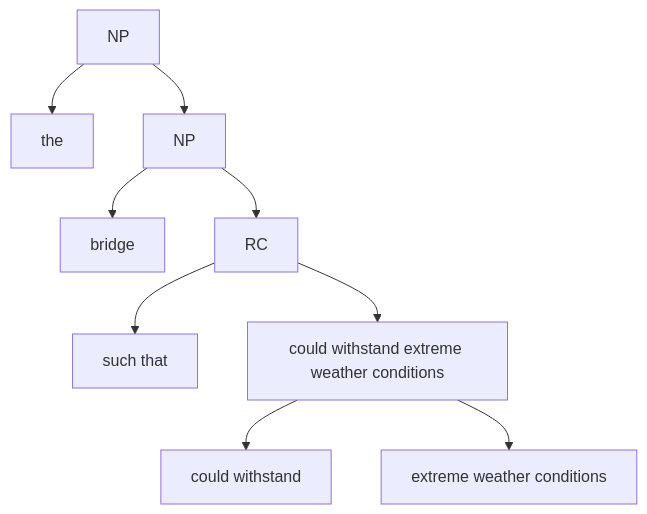
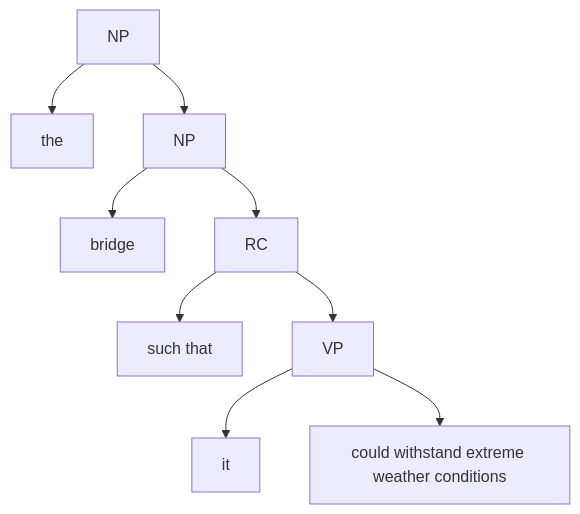
Before and after one commit to haozeli-ling/Semantic-Analysis: the first of 2 diagrams in 11. Binding and abstraction.md, drawn with Mermaid.

Commit message:
Update 11. Binding and abstraction.md

````diff
--- a/11. Binding and abstraction.md
+++ b/11. Binding and abstraction.md
@@ -25,12 +25,12 @@
 ```mermaid
 graph TD
     A[NP]
     A --> B[the]
     A --> C[NP]
     C --> D[bridge]
     C --> E[RC]
     E --> F[such that]
-    E --> G[could withstand extreme weather conditions]
-    G --> H[could withstand]
-    G --> I[extreme weather conditions]
+    E --> G[VP]
+    G --> H[it]
+    G --> I[could withstand extreme weather conditions]
 ``` 
````
